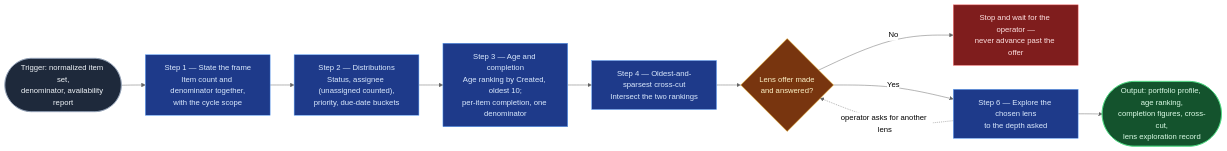
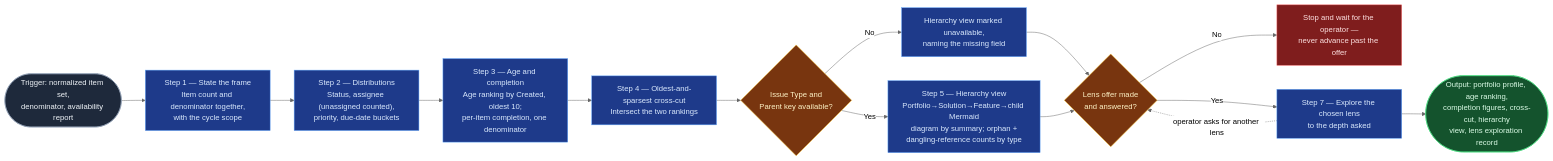
The diagram in produced-skills/portfolio-profiler/SKILL.md (RafySauce/flow-lab), drawn with Mermaid (neutral theme) before and after one commit. The commit also changed other lines of this file and 11 other files, not shown here.

First line of the commit message:
Add ART-board connected-space discovery and portfolio hierarchy/orphan view

````diff
--- a/produced-skills/portfolio-profiler/SKILL.md
+++ b/produced-skills/portfolio-profiler/SKILL.md
@@ -50,18 +54,22 @@
 ```mermaid
 flowchart LR
     Start(["Trigger: normalized item set,<br/>denominator, availability report"]):::start --> P1["Step 1 — State the frame<br/>Item count and denominator together,<br/>with the cycle scope"]:::process
     P1 --> P2["Step 2 — Distributions<br/>Status, assignee (unassigned counted),<br/>priority, due-date buckets"]:::process
     P2 --> P3["Step 3 — Age and completion<br/>Age ranking by Created, oldest 10;<br/>per-item completion, one denominator"]:::process
     P3 --> P4["Step 4 — Oldest-and-sparsest cross-cut<br/>Intersect the two rankings"]:::process
-    P4 --> Lens{"Lens offer made<br/>and answered?"}:::decision
+    P4 --> P5{"Issue Type and<br/>Parent key available?"}:::decision
+    P5 -->|No| Skip["Hierarchy view marked unavailable,<br/>naming the missing field"]:::process
+    P5 -->|Yes| Hier["Step 5 — Hierarchy view<br/>Portfolio→Solution→Feature→child Mermaid<br/>diagram by summary; orphan +<br/>dangling-reference counts by type"]:::process
+    Skip --> Lens{"Lens offer made<br/>and answered?"}:::decision
+    Hier --> Lens
     Lens -->|No| Wait["Stop and wait for the operator —<br/>never advance past the offer"]:::halt
-    Lens -->|Yes| Explore["Step 6 — Explore the chosen lens<br/>to the depth asked"]:::process
+    Lens -->|Yes| Explore["Step 7 — Explore the chosen lens<br/>to the depth asked"]:::process
     Explore -.->|"operator asks for another lens"| Lens
-    Explore --> Output(["Output: portfolio profile, age ranking,<br/>completion figures, cross-cut,<br/>lens exploration record"]):::output
+    Explore --> Output(["Output: portfolio profile, age ranking,<br/>completion figures, cross-cut, hierarchy<br/>view, lens exploration record"]):::output
 
     classDef start fill:#1e293b,stroke:#94a3b8,color:#f1f5f9
     classDef process fill:#1e3a8a,stroke:#60a5fa,color:#dbeafe
     classDef decision fill:#78350f,stroke:#fbbf24,color:#fef3c7
     classDef output fill:#14532d,stroke:#4ade80,color:#dcfce7
     classDef halt fill:#7f1d1d,stroke:#f87171,color:#fee2e2
 ```
````
